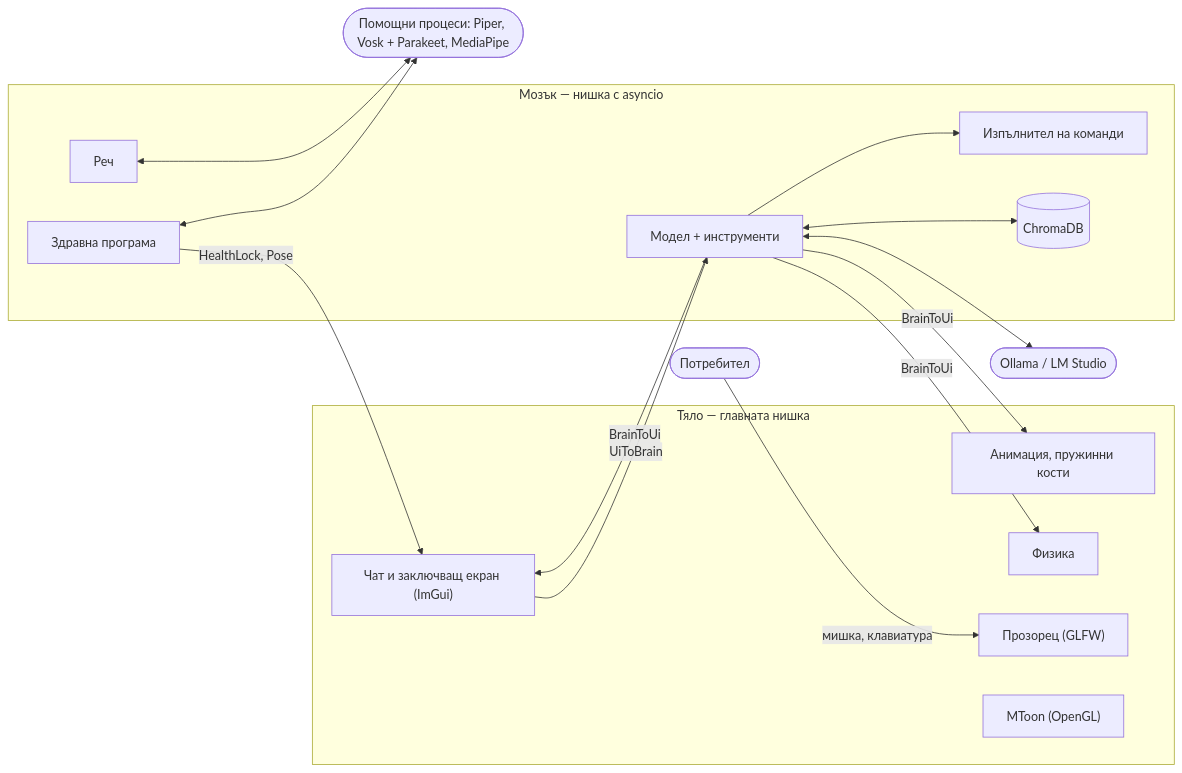
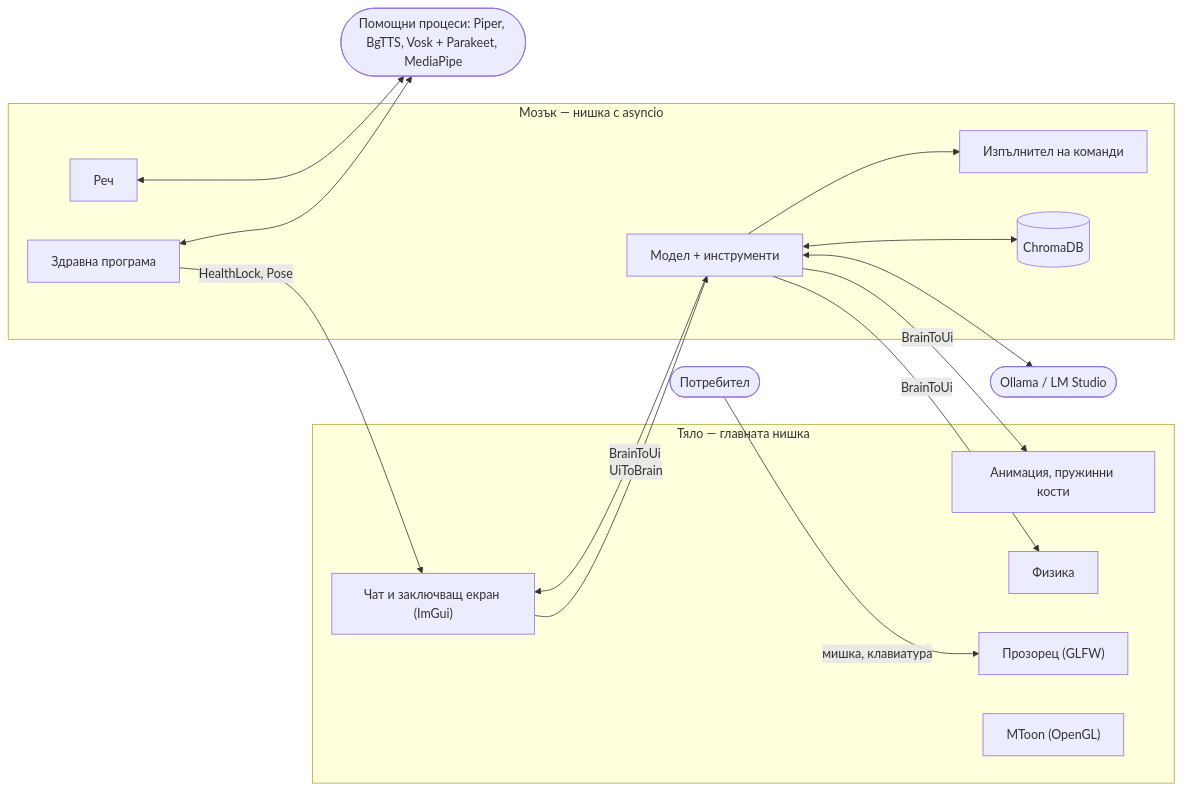
One commit to NodeVortexGit/Tomo changed the diagram in README.md. Above: the diagram before and after it, drawn with Mermaid. The commit also changed other lines of this file and 43 other files, not shown here.

````diff
--- a/README.md
+++ b/README.md
@@ -358,32 +374,32 @@
 ```mermaid
 flowchart LR
     user(["Потребител"])
     subgraph body["Тяло — главната нишка"]
         window["Прозорец (GLFW)"]
         physics["Физика"]
         anim["Анимация, пружинни кости"]
         render["MToon (OpenGL)"]
         chat["Чат и заключващ екран (ImGui)"]
     end
     subgraph brain["Мозък — нишка с asyncio"]
         ai["Модел + инструменти"]
         db[("ChromaDB")]
         exec["Изпълнител на команди"]
         speech["Реч"]
         health["Здравна програма"]
     end
     llm(["Ollama / LM Studio"])
-    py(["Помощни процеси: Piper, Vosk + Parakeet, MediaPipe"])
+    py(["Помощни процеси: Piper, BgTTS, Vosk + Parakeet, MediaPipe"])
 
     user -- "мишка, клавиатура" --> window
     chat -- "UiToBrain" --> ai
     ai -- "BrainToUi" --> physics
     ai -- "BrainToUi" --> anim
     ai -- "BrainToUi" --> chat
     health -- "HealthLock, Pose" --> chat
     ai <--> llm
     ai <--> db
     ai --> exec
     speech <--> py
     health <--> py
 ```
````
